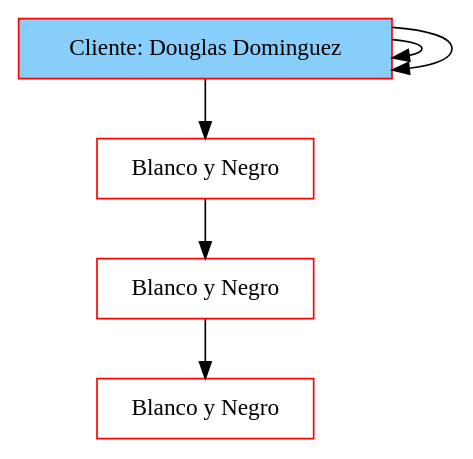
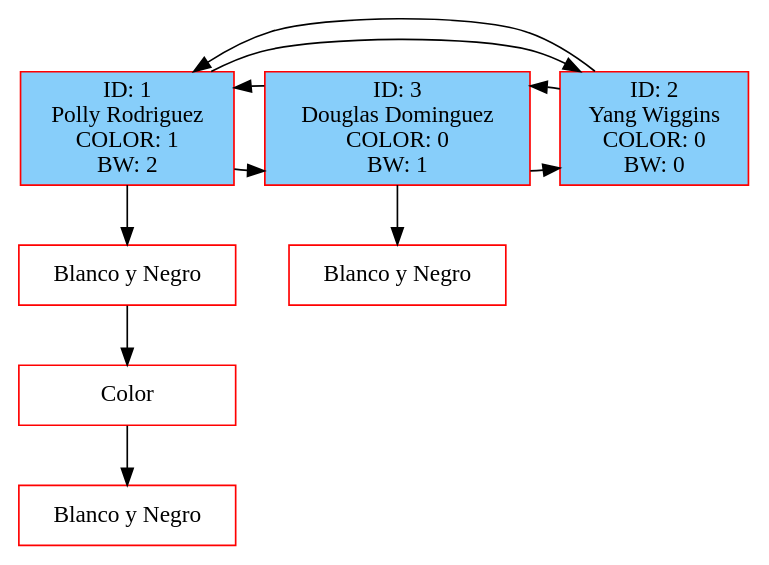
Before and after one commit to hugosmhd/EDD_UDRAWING_202002793: the diagram in clientesespera.dot, drawn with Graphviz. The commit also changed 20 other files, not shown here.

```diff
--- a/clientesespera.dot
+++ b/clientesespera.dot
@@ -1,13 +1,21 @@
 digraph G { 
 node[shape=box, color=red];
-nodo2133927002[label=" Cliente: Douglas Dominguez" , style = filled, fillcolor = lightskyblue, group = 1]
-nodo312714112[label="Blanco y Negro" ,width = 1.8, group = 1]
-nodo2125039532[label="Blanco y Negro" ,width = 1.8, group = 1]
-nodo621009875[label="Blanco y Negro" ,width = 1.8, group = 1]
-nodo2133927002 -> nodo2133927002;
-nodo2133927002 -> nodo2133927002;
-nodo2133927002 -> nodo312714112;
-nodo312714112 -> nodo2125039532;
-nodo2125039532 -> nodo621009875;
-{ rank = same; nodo2133927002;  }
+nodo1846274136[label=" ID: 1\nPolly Rodriguez\n COLOR: 1\n BW: 2" , style = filled, fillcolor = lightskyblue, group = 1]
+nodo1360875712[label="Blanco y Negro" ,width = 1.8, group = 1]
+nodo1625635731[label="Color" ,width = 1.8, group = 1]
+nodo1580066828[label="Blanco y Negro" ,width = 1.8, group = 1]
+nodo1639705018[label=" ID: 3\nDouglas Dominguez\n COLOR: 0\n BW: 1" , style = filled, fillcolor = lightskyblue, group = 2]
+nodo491044090[label="Blanco y Negro" ,width = 1.8, group = 2]
+nodo1627674070[label=" ID: 2\nYang Wiggins\n COLOR: 0\n BW: 0" , style = filled, fillcolor = lightskyblue, group = 3]
+nodo1846274136 -> nodo1639705018;
+nodo1846274136 -> nodo1627674070;
+nodo1846274136 -> nodo1360875712;
+nodo1360875712 -> nodo1625635731;
+nodo1625635731 -> nodo1580066828;
+nodo1639705018 -> nodo1627674070;
+nodo1639705018 -> nodo1846274136;
+nodo1639705018 -> nodo491044090;
+nodo1627674070 -> nodo1846274136;
+nodo1627674070 -> nodo1639705018;
+{ rank = same; nodo1846274136; nodo1639705018; nodo1627674070;  }
 } 
```
